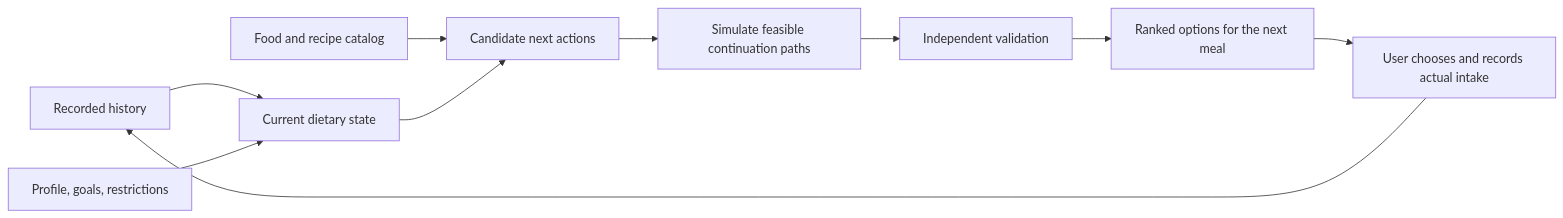
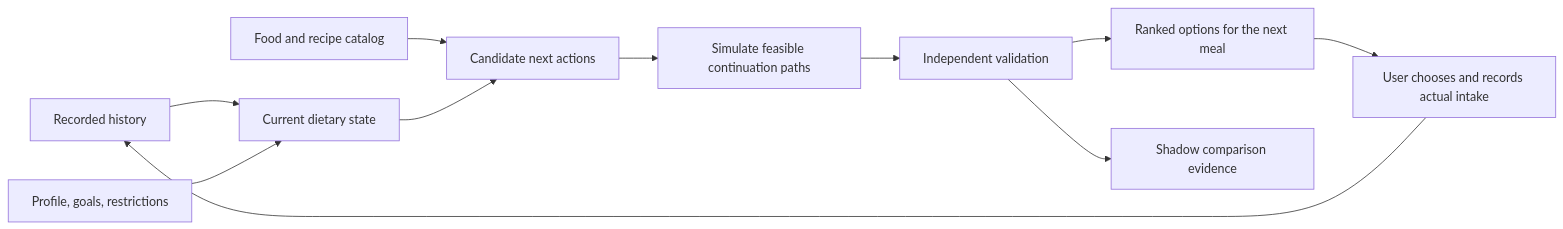
Before and after one commit to shari-ar/Nutrixx: the first of 2 diagrams in docs/engines/next-meal-planning.md, drawn with Mermaid. The commit also changed other lines of this file and 77 other files, not shown here.

````diff
--- a/docs/engines/next-meal-planning.md
+++ b/docs/engines/next-meal-planning.md
@@ -29,12 +29,13 @@
 ```mermaid
 flowchart LR
   H[Recorded history] --> S[Current dietary state]
   P[Profile, goals, restrictions] --> S
   C[Food and recipe catalog] --> R[Candidate next actions]
   S --> R
   R --> F[Simulate feasible continuation paths]
   F --> V[Independent validation]
   V --> O[Ranked options for the next meal]
+  V --> X[Shadow comparison evidence]
   O --> U[User chooses and records actual intake]
   U --> H
 ```
````
